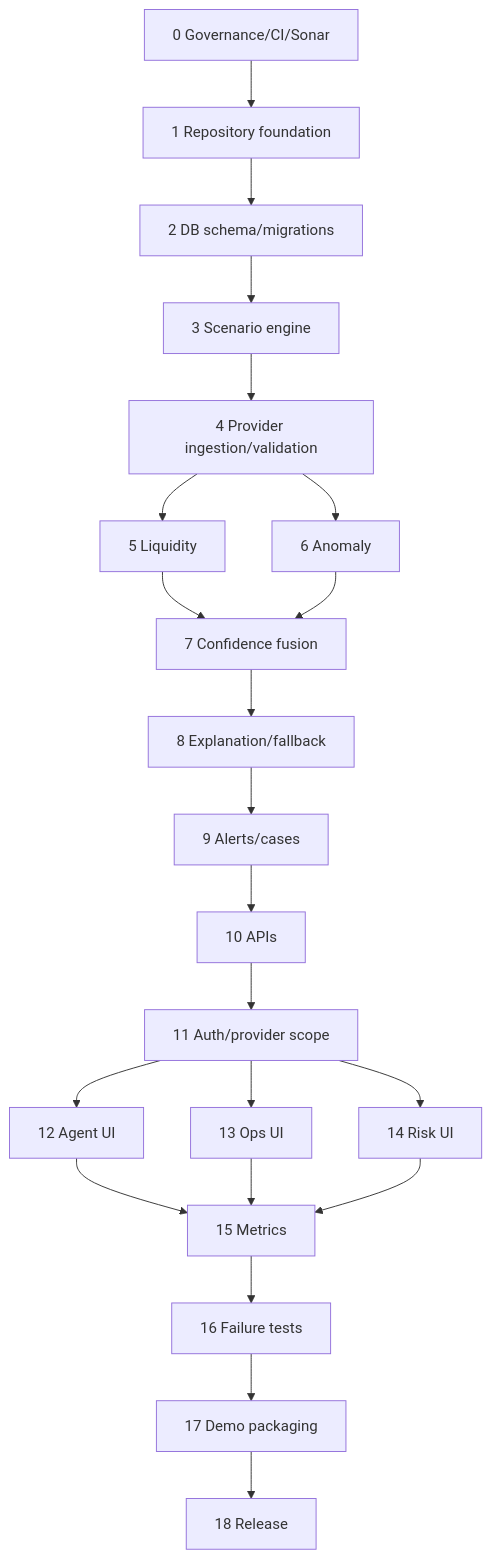
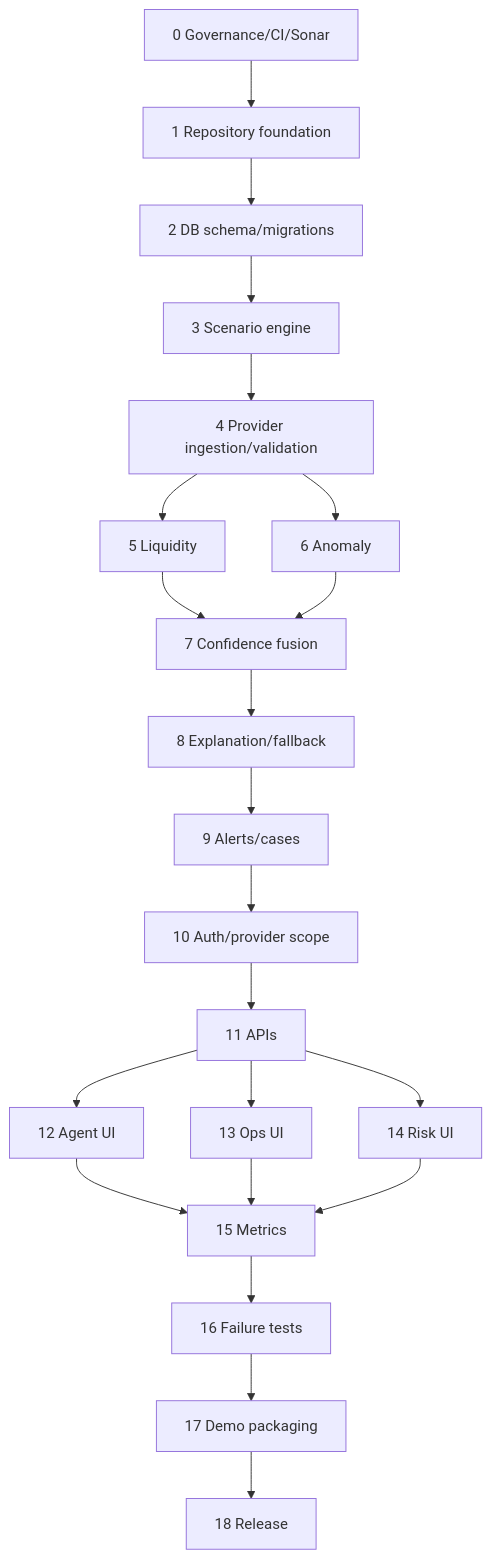
The diagram in docs/17-implementation-plan.md (rubel-dev/LiquidityLens), drawn with Mermaid before and after one commit. The commit also changed other lines of this file and 19 other files, not shown here.

````diff
--- a/docs/17-implementation-plan.md
+++ b/docs/17-implementation-plan.md
@@ -25,24 +25,24 @@
 ```mermaid
 flowchart TD
   P0["0 Governance/CI/Sonar"] --> P1["1 Repository foundation"]
   P1 --> P2["2 DB schema/migrations"]
   P2 --> P3["3 Scenario engine"]
   P3 --> P4["4 Provider ingestion/validation"]
   P4 --> P5["5 Liquidity"]
   P4 --> P6["6 Anomaly"]
   P5 --> P7["7 Confidence fusion"]
   P6 --> P7
   P7 --> P8["8 Explanation/fallback"]
   P8 --> P9["9 Alerts/cases"]
-  P9 --> P10["10 APIs"]
-  P10 --> P11["11 Auth/provider scope"]
+  P9 --> P10["10 Auth/provider scope"]
+  P10 --> P11["11 APIs"]
   P11 --> P12["12 Agent UI"]
   P11 --> P13["13 Ops UI"]
   P11 --> P14["14 Risk UI"]
   P12 --> P15["15 Metrics"]
   P13 --> P15
   P14 --> P15
   P15 --> P16["16 Failure tests"]
   P16 --> P17["17 Demo packaging"]
   P17 --> P18["18 Release"]
 ```
````
